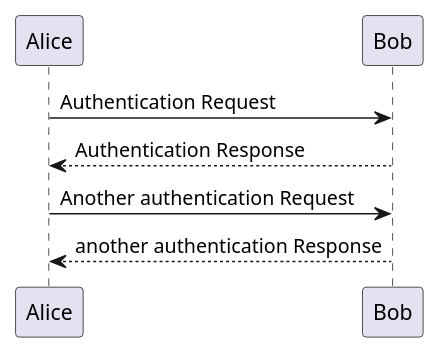
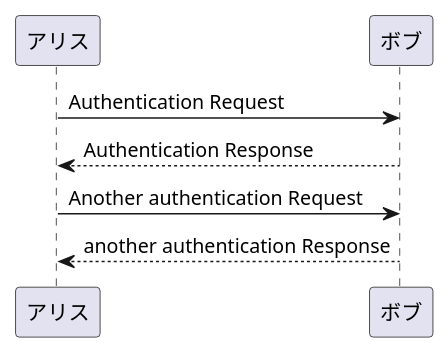
The diagram in content/section1.md (dai0304/techdoc-example), drawn with PlantUML before and after one commit.

Commit message:
japanese plantuml

````diff
--- a/content/section1.md
+++ b/content/section1.md
@@ -39,9 +39,9 @@
 ```uml
 @startuml
-Alice -> Bob: Authentication Request
-Bob --> Alice: Authentication Response
+アリス -> ボブ: Authentication Request
+ボブ --> アリス: Authentication Response
 
-Alice -> Bob: Another authentication Request
-Alice <-- Bob: another authentication Response
+アリス -> ボブ: Another authentication Request
+アリス <-- ボブ: another authentication Response
 @enduml
 ```
````
